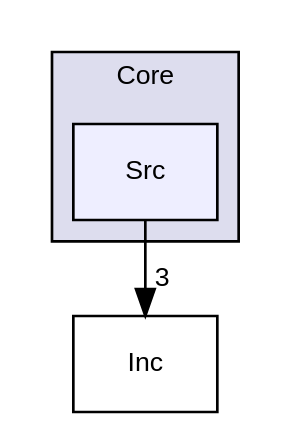
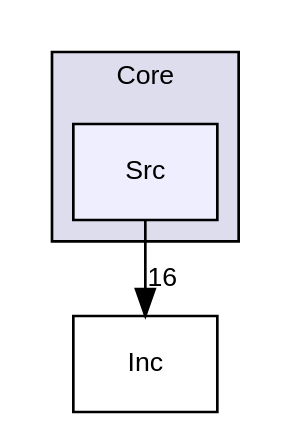
One commit to Tjerk258/vesofton_otd changed the diagram in dir_b596f468b52957496e4f78b80e029268_dep.dot. Above: the diagram before and after it, drawn with Graphviz. The commit also changed 101 other files, not shown here.

```diff
--- a/dir_b596f468b52957496e4f78b80e029268_dep.dot
+++ b/dir_b596f468b52957496e4f78b80e029268_dep.dot
@@ -1,11 +1,11 @@
 digraph "Core/Src" {
   compound=true
   node [ fontsize="10", fontname="Helvetica"];
   edge [ labelfontsize="10", labelfontname="Helvetica"];
   subgraph clusterdir_c6310732a22f63c0c2fc5595561e68f1 {
     graph [ bgcolor="#ddddee", pencolor="black", label="Core" fontname="Helvetica", fontsize="10", URL="dir_c6310732a22f63c0c2fc5595561e68f1.html"]
   dir_b596f468b52957496e4f78b80e029268 [shape=box, label="Src", style="filled", fillcolor="#eeeeff", pencolor="black", URL="dir_b596f468b52957496e4f78b80e029268.html"];
   }
   dir_e2489e887f17afa3cbc07a4ec152cdd2 [shape=box label="Inc" URL="dir_e2489e887f17afa3cbc07a4ec152cdd2.html"];
-  dir_b596f468b52957496e4f78b80e029268->dir_e2489e887f17afa3cbc07a4ec152cdd2 [headlabel="3", labeldistance=1.5 headhref="dir_000002_000001.html"];
+  dir_b596f468b52957496e4f78b80e029268->dir_e2489e887f17afa3cbc07a4ec152cdd2 [headlabel="16", labeldistance=1.5 headhref="dir_000002_000001.html"];
 }
```
